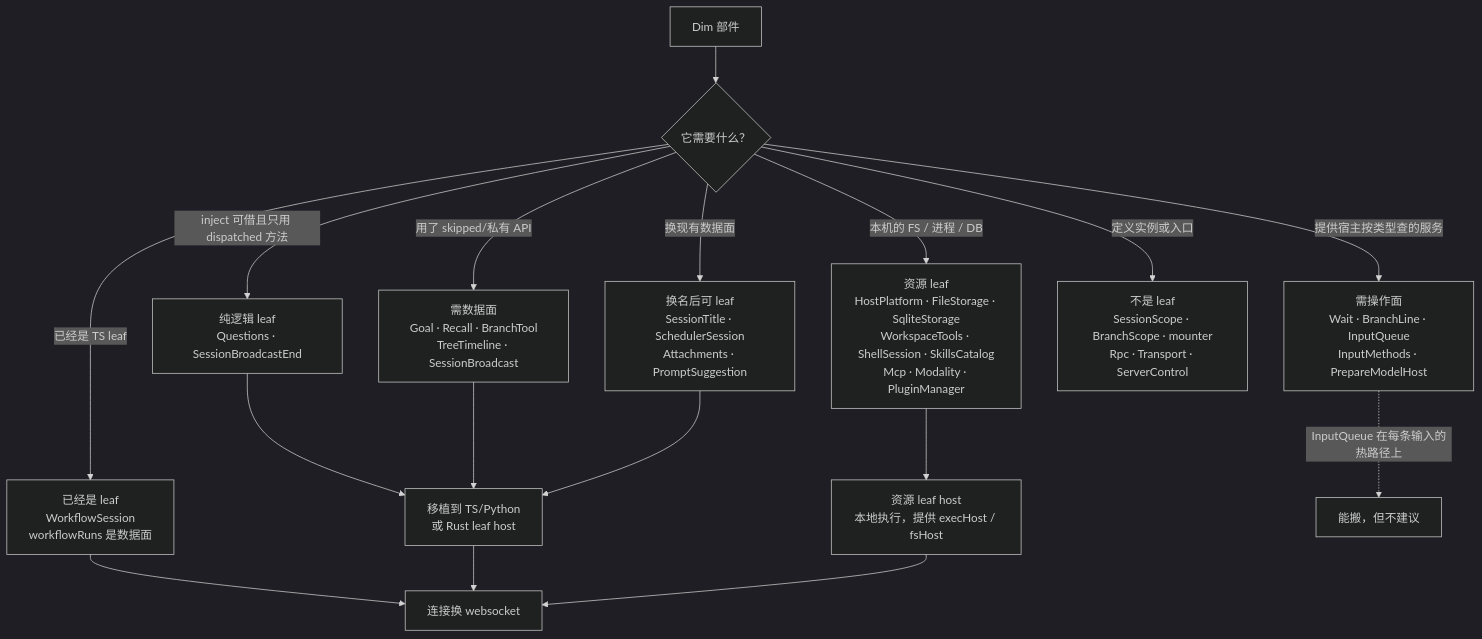
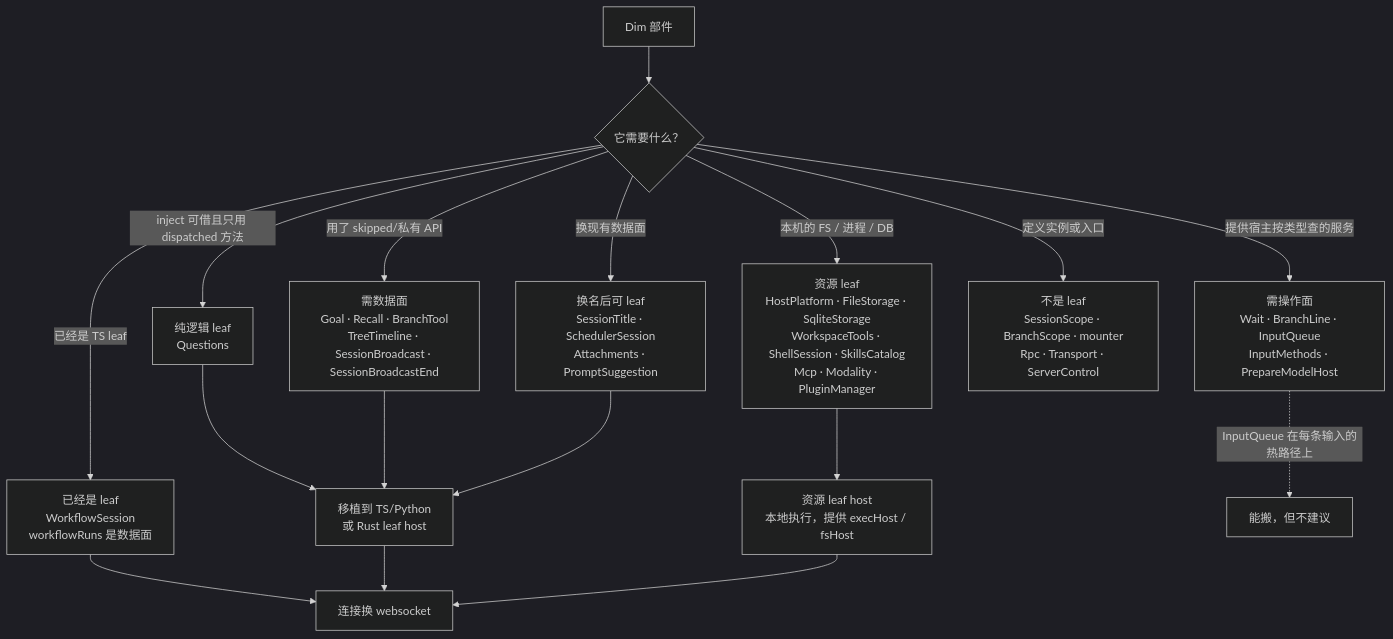
Before and after one commit to CoutinhoTTS/dim-agent: the fourth of 4 diagrams in docs/design/research/remote-plugins.md, drawn with Mermaid (dark theme). The commit also changed other lines of this file, not shown here.

First line of the commit message:
docs: keep SessionBroadcastEnd out of the first leaf batch

````diff
--- a/docs/design/research/remote-plugins.md
+++ b/docs/design/research/remote-plugins.md
@@ -391,19 +394,19 @@
 ```mermaid
 flowchart TB
   ALL["Dim 部件"] --> KIND{"它需要什么？"}
   KIND -->|"已经是 TS leaf"| ALREADY["已经是 leaf<br/>WorkflowSession<br/>workflowRuns 是数据面"]
-  KIND -->|"inject 可借且只用 dispatched 方法"| PURE["纯逻辑 leaf<br/>Questions · SessionBroadcastEnd"]
-  KIND -->|"用了 skipped/私有 API"| PRIV["需数据面<br/>Goal · Recall · BranchTool<br/>TreeTimeline · SessionBroadcast"]
+  KIND -->|"inject 可借且只用 dispatched 方法"| PURE["纯逻辑 leaf<br/>Questions"]
+  KIND -->|"用了 skipped/私有 API"| PRIV["需数据面<br/>Goal · Recall · BranchTool<br/>TreeTimeline · SessionBroadcast · SessionBroadcastEnd"]
   KIND -->|"提供宿主按类型查的服务"| TYPED["需操作面<br/>Wait · BranchLine · InputQueue<br/>InputMethods · PrepareModelHost"]
   KIND -->|"换现有数据面"| FIX["换名后可 leaf<br/>SessionTitle · SchedulerSession<br/>Attachments · PromptSuggestion"]
   KIND -->|"本机的 FS / 进程 / DB"| RES["资源 leaf<br/>HostPlatform · FileStorage · SqliteStorage<br/>WorkspaceTools · ShellSession · SkillsCatalog<br/>Mcp · Modality · PluginManager"]
   KIND -->|"定义实例或入口"| HOST["不是 leaf<br/>SessionScope · BranchScope · mounter<br/>Rpc · Transport · ServerControl"]
   ALREADY --> REMOTE["连接换 websocket"]
   PURE --> PORT["移植到 TS/Python<br/>或 Rust leaf host"]
   PRIV --> PORT
   FIX --> PORT
   RES --> RL["资源 leaf host<br/>本地执行，提供 execHost / fsHost"]
   PORT --> REMOTE
   RL --> REMOTE
   TYPED -.->|"InputQueue 在每条输入的热路径上"| HOT["能搬，但不建议"]
 ```
````
